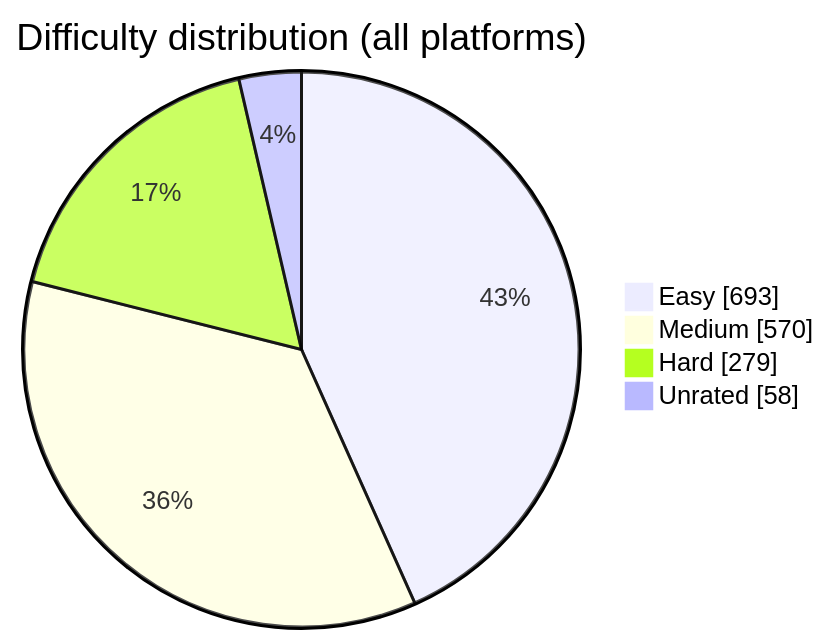
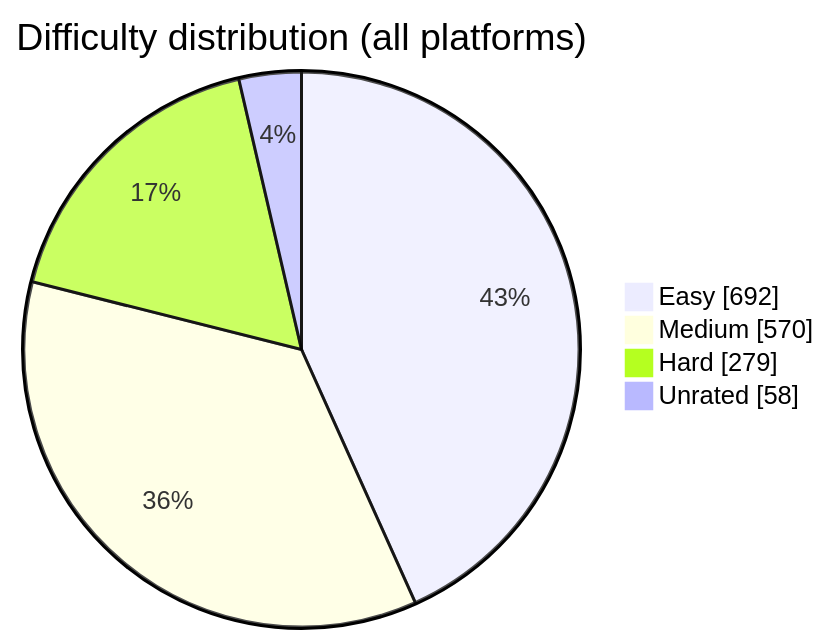
The diagram in README.md (BuildbyArindam/Daily-Coding-Log), drawn with Mermaid before and after one commit. The commit also changed other lines of this file, not shown here.

````diff
--- a/README.md
+++ b/README.md
@@ -93,7 +93,7 @@
 ```mermaid
 pie showData title Difficulty distribution (all platforms)
-    "Easy" : 693
+    "Easy" : 692
     "Medium" : 570
     "Hard" : 279
     "Unrated" : 58
 ```
````
